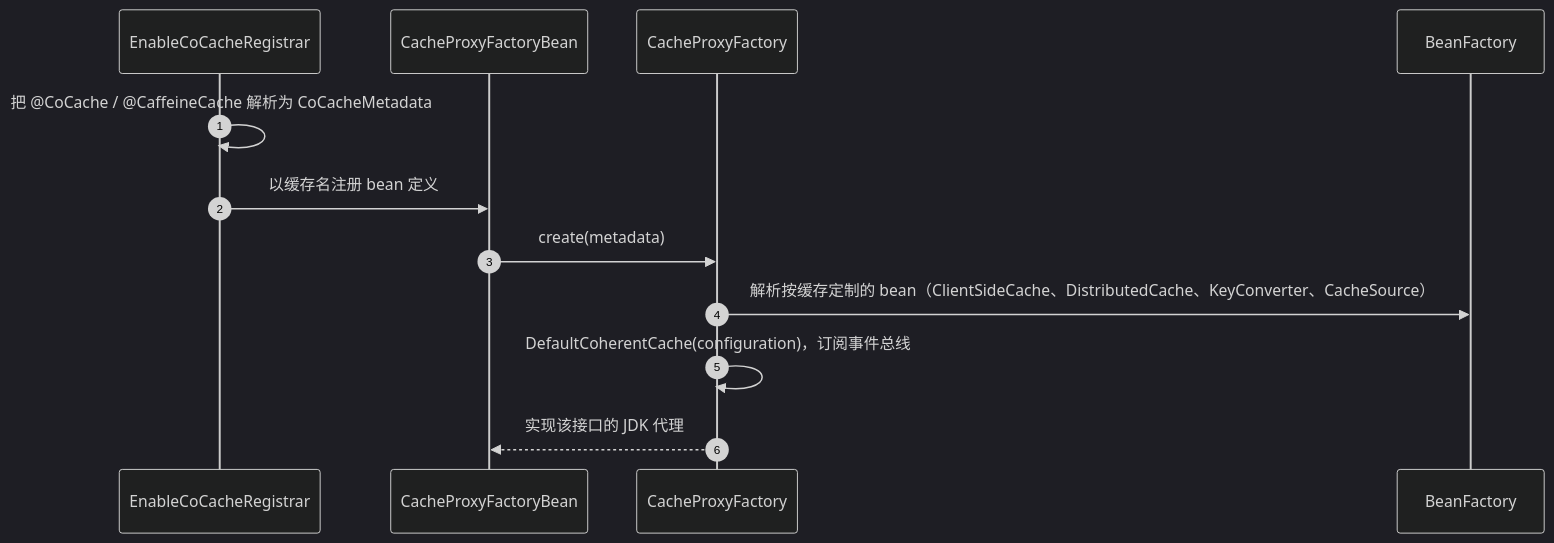
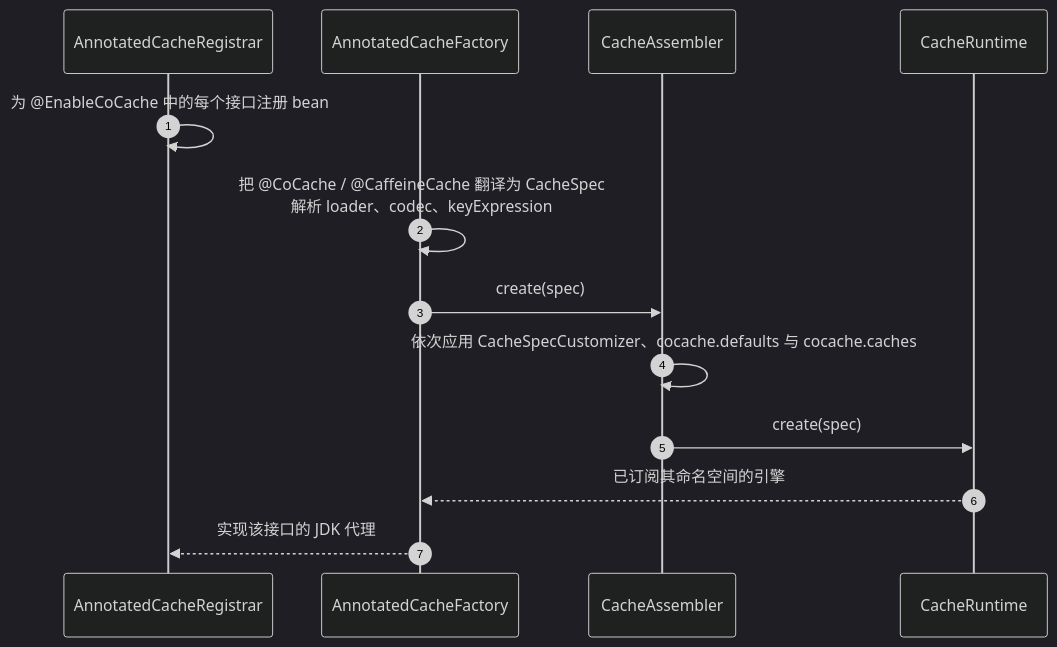
One commit to Ahoo-Wang/CoCache changed the second of 2 diagrams in wiki/zh/architecture/index.md. Above: the diagram before and after it, drawn with Mermaid (dark theme). The commit also changed other lines of this file and 23 other files, not shown here.

````diff
--- a/wiki/zh/architecture/index.md
+++ b/wiki/zh/architecture/index.md
@@ -74,14 +94,15 @@
 ```mermaid
 sequenceDiagram
     autonumber
-    participant R as EnableCoCacheRegistrar
-    participant FB as CacheProxyFactoryBean
-    participant PF as CacheProxyFactory
-    participant B as BeanFactory
-    R->>R: 把 @CoCache / @CaffeineCache 解析为 CoCacheMetadata
-    R->>FB: 以缓存名注册 bean 定义
-    FB->>PF: create(metadata)
-    PF->>B: 解析按缓存定制的 bean（ClientSideCache、DistributedCache、KeyConverter、CacheSource）
-    PF->>PF: DefaultCoherentCache(configuration)，订阅事件总线
-    PF-->>FB: 实现该接口的 JDK 代理
+    participant R as AnnotatedCacheRegistrar
+    participant F as AnnotatedCacheFactory
+    participant A as CacheAssembler
+    participant RT as CacheRuntime
+    R->>R: 为 @EnableCoCache 中的每个接口注册 bean
+    F->>F: 把 @CoCache / @CaffeineCache 翻译为 CacheSpec<br>解析 loader、codec、keyExpression
+    F->>A: create(spec)
+    A->>A: 依次应用 CacheSpecCustomizer、cocache.defaults 与 cocache.caches
+    A->>RT: create(spec)
+    RT-->>F: 已订阅其命名空间的引擎
+    F-->>R: 实现该接口的 JDK 代理
 ```
````
